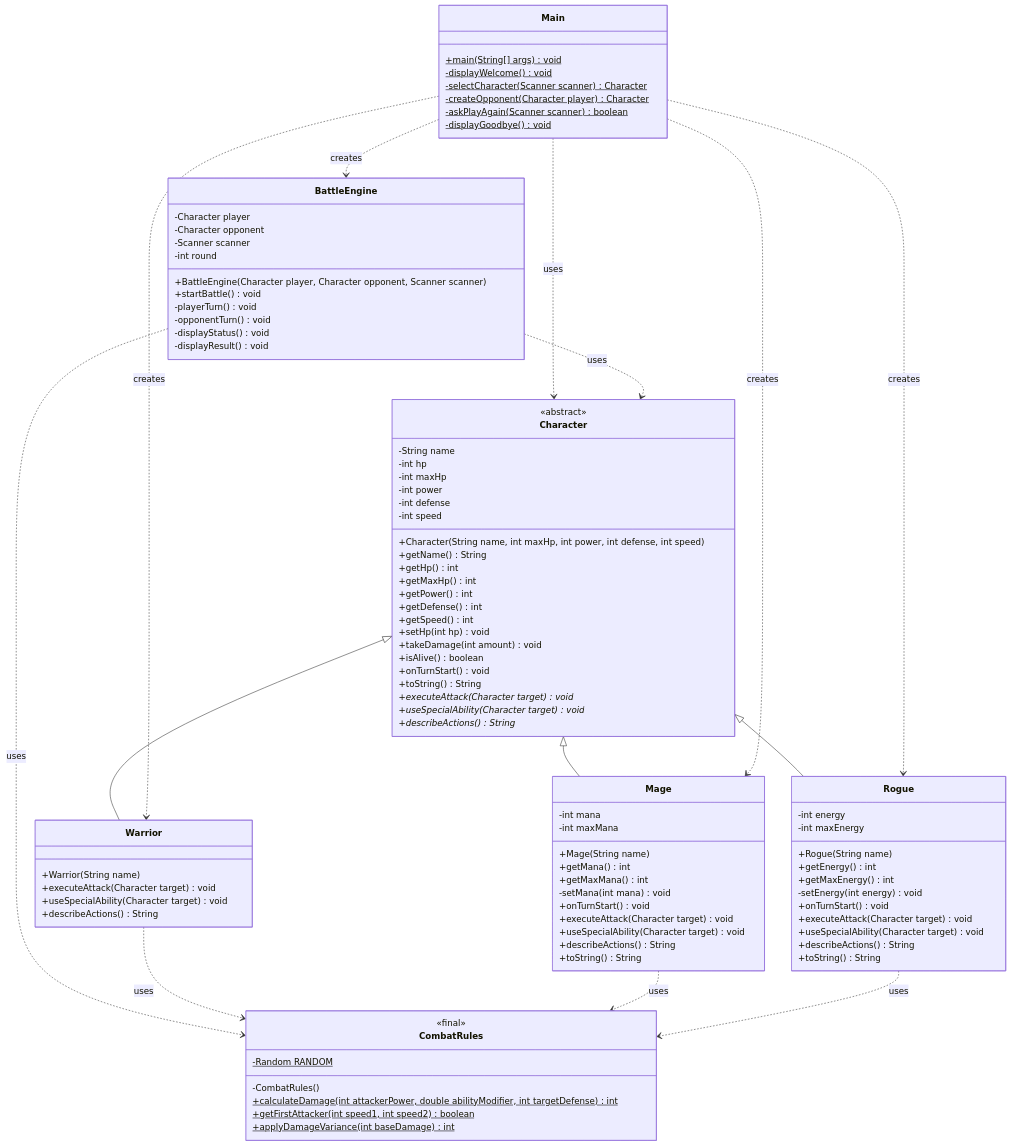
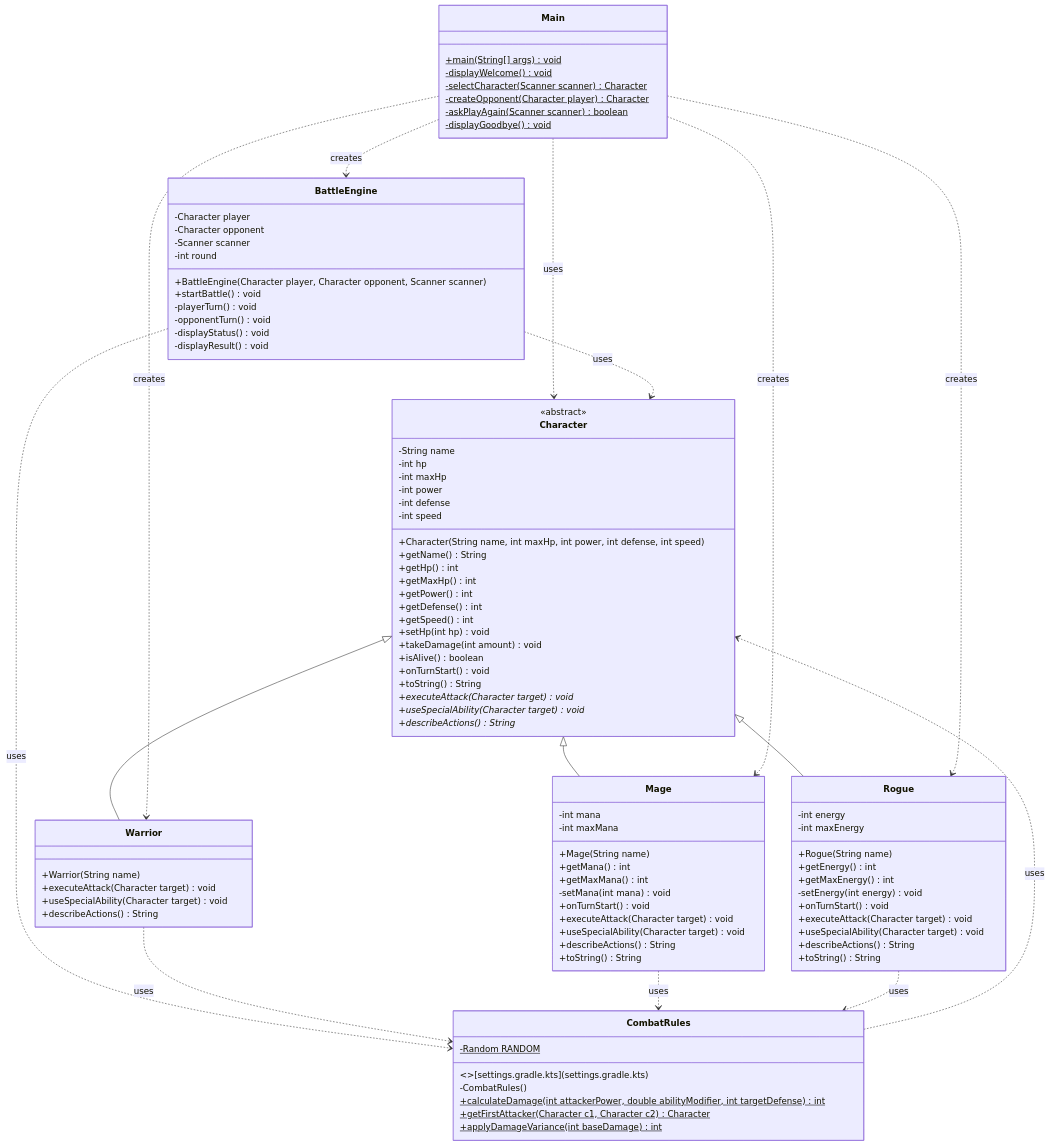
The diagram in README.md (Bilaljanir/JavaGame), drawn with Mermaid before and after one commit. The commit also changed 5 other files, not shown here.

Commit message:
feat: add CombatRules engine and refactor attacks to use it

````diff
--- a/README.md
+++ b/README.md
@@ -108,11 +108,11 @@
     }
 
     class CombatRules {
-        <<final>>
+        <<final>>[settings.gradle.kts](settings.gradle.kts)
         -Random RANDOM$
         -CombatRules()
         +calculateDamage(int attackerPower, double abilityModifier, int targetDefense)$ int
-        +getFirstAttacker(int speed1, int speed2)$ boolean
+        +getFirstAttacker(Character c1, Character c2)$ Character
         +applyDamageVariance(int baseDamage)$ int
     }
 
@@ -130,4 +130,5 @@
     Warrior ..> CombatRules : uses
     Mage ..> CombatRules : uses
     Rogue ..> CombatRules : uses
+    CombatRules ..> Character : uses
 ```
````
